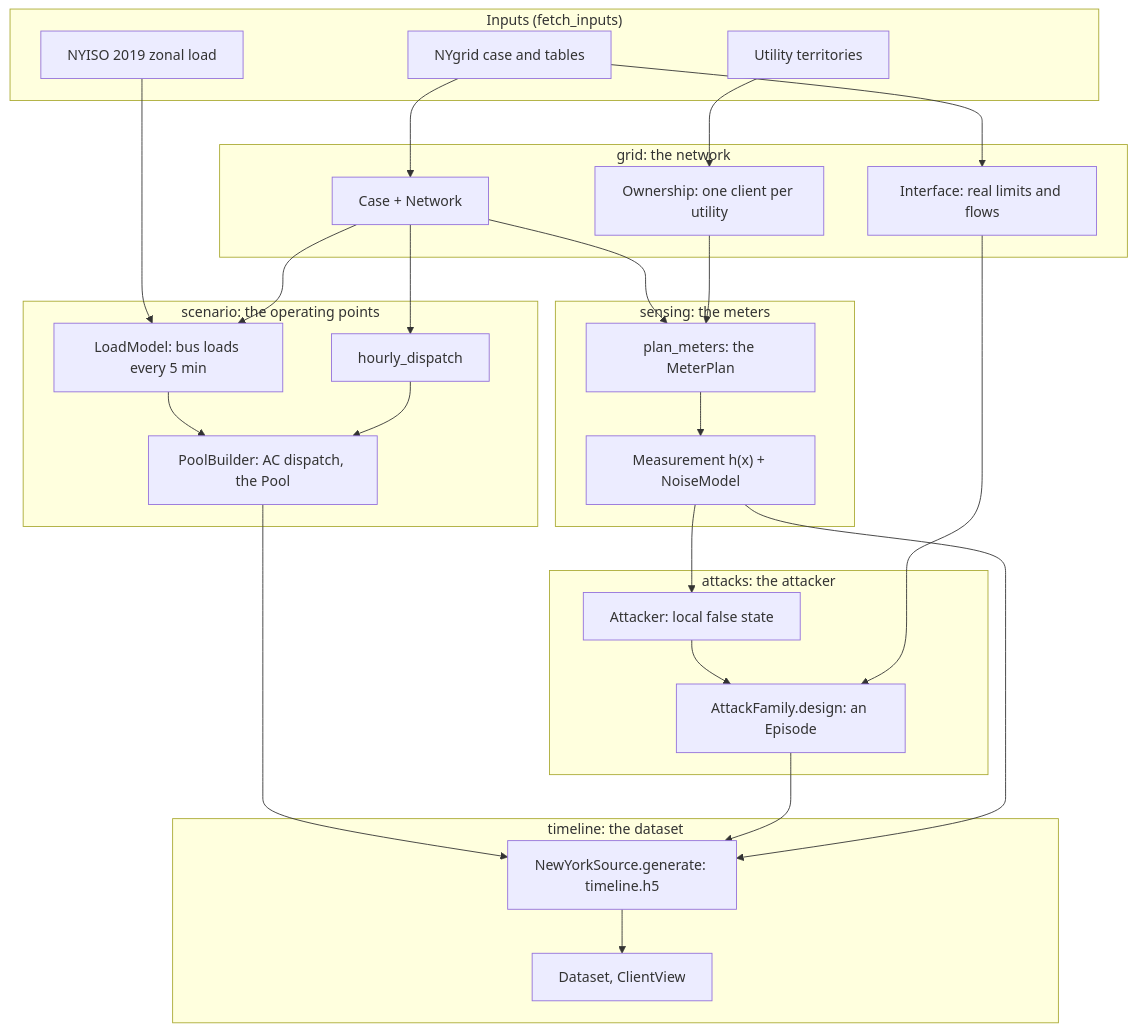
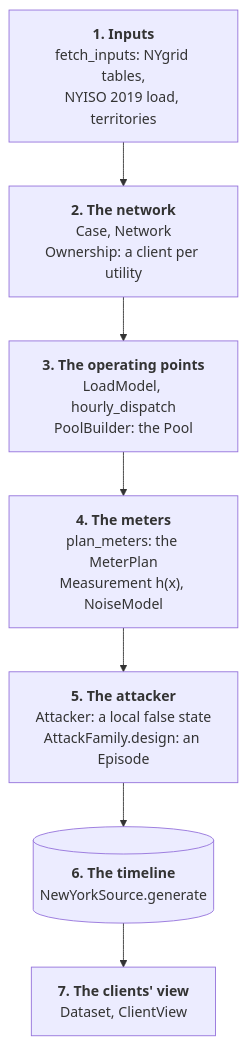
The diagram in docs/figures/diagrams/nygrid_pipeline.mmd (myersben9/fdia-graph), drawn with Mermaid before and after one commit. The commit also changed 49 other files, not shown here.

First line of the commit message:
Docs: a landing page that says what the project is, and diagrams a phone can read (#256)

```diff
--- a/docs/figures/diagrams/nygrid_pipeline.mmd
+++ b/docs/figures/diagrams/nygrid_pipeline.mmd
@@ -1,46 +1,21 @@
 flowchart TB
-    subgraph inputs["Inputs (fetch_inputs)"]
-        nygrid["NYgrid case and tables"]
-        nyiso["NYISO 2019 zonal load"]
-        terr["Utility territories"]
-    end
-    subgraph grid["grid: the network"]
-        case["Case + Network"]
-        own["Ownership: one client per utility"]
-        ifaces["Interface: real limits and flows"]
-    end
-    subgraph scenario["scenario: the operating points"]
-        loads["LoadModel: bus loads every 5 min"]
-        dispatch["hourly_dispatch"]
-        pool["PoolBuilder: AC dispatch, the Pool"]
-    end
-    subgraph sensing["sensing: the meters"]
-        plan["plan_meters: the MeterPlan"]
-        meas["Measurement h(x) + NoiseModel"]
-    end
-    subgraph attacks["attacks: the attacker"]
-        att["Attacker: local false state"]
-        fam["AttackFamily.design: an Episode"]
-    end
-    subgraph timeline["timeline: the dataset"]
-        source["NewYorkSource.generate: timeline.h5"]
-        ds["Dataset, ClientView"]
-    end
-    nygrid --> case
-    terr --> own
-    nygrid --> ifaces
-    nyiso --> loads
-    case --> loads
-    case --> dispatch
-    loads --> pool
-    dispatch --> pool
-    case --> plan
-    own --> plan
-    plan --> meas
-    meas --> att
-    att --> fam
-    ifaces --> fam
-    pool --> source
-    fam --> source
-    meas --> source
-    source --> ds
+    inputs["`**1. Inputs**
+    fetch_inputs: NYgrid tables,
+    NYISO 2019 load, territories`"]
+    grid["`**2. The network**
+    Case, Network
+    Ownership: a client per utility`"]
+    pool["`**3. The operating points**
+    LoadModel, hourly_dispatch
+    PoolBuilder: the Pool`"]
+    meters["`**4. The meters**
+    plan_meters: the MeterPlan
+    Measurement h(x), NoiseModel`"]
+    attacks["`**5. The attacker**
+    Attacker: a local false state
+    AttackFamily.design: an Episode`"]
+    file[("`**6. The timeline**
+    NewYorkSource.generate`")]
+    view["`**7. The clients' view**
+    Dataset, ClientView`"]
+    inputs --> grid --> pool --> meters --> attacks --> file --> view
```
